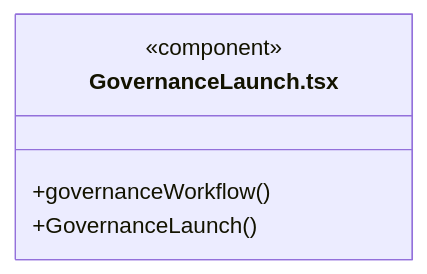
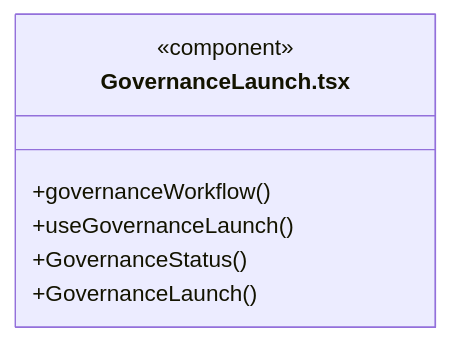
The fourth of 16 diagrams in src/view/knowledge/ARCHITECTURE.md (nan023062/cbim), drawn with Mermaid before and after one commit. The commit also changed other lines of this file and 13 other files, not shown here.

````diff
--- a/src/view/knowledge/ARCHITECTURE.md
+++ b/src/view/knowledge/ARCHITECTURE.md
@@ -74,8 +74,10 @@
 ```mermaid
 classDiagram
 class N_src_view_knowledge_GovernanceLaunch_tsx["GovernanceLaunch.tsx"] {
   <<component>>
   +governanceWorkflow()
+  +useGovernanceLaunch()
+  +GovernanceStatus()
   +GovernanceLaunch()
 }
 ```
````
